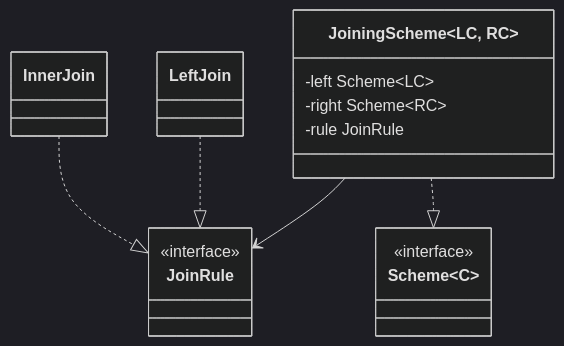
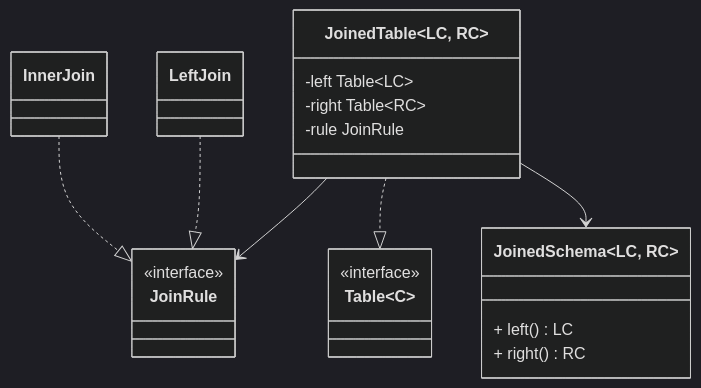
The second of 6 diagrams in docs/domain.md (safarislava/QueryBricks), drawn with Mermaid (dark theme) before and after one commit. The commit also changed other lines of this file, not shown here.

Commit message:
docs: Define responsibilities of columns, table, schema

````diff
--- a/docs/domain.md
+++ b/docs/domain.md
@@ -24,23 +15,29 @@
 ```mermaid
 classDiagram
-    class Scheme~C~ {
+    class Table~C~ {
         <<interface>>
     }
 
     class JoinRule {
         <<interface>>
     }
 
     class InnerJoin
     InnerJoin ..|> JoinRule
     class LeftJoin
     LeftJoin ..|> JoinRule
 
-    class JoiningScheme~LC, RC~ {
-        -left Scheme~LC~
-        -right Scheme~RC~
+    class JoinedSchema~LC, RC~ {
+        + left() LC
+        + right() RC
+    }
+
+    class JoinedTable~LC, RC~ {
+        -left Table~LC~
+        -right Table~RC~
         -rule JoinRule
     }
-    JoiningScheme ..|> Scheme
-    JoiningScheme --> JoinRule
+    JoinedTable ..|> Table
+    JoinedTable --> JoinRule
+    JoinedTable --> JoinedSchema
 ```
````
